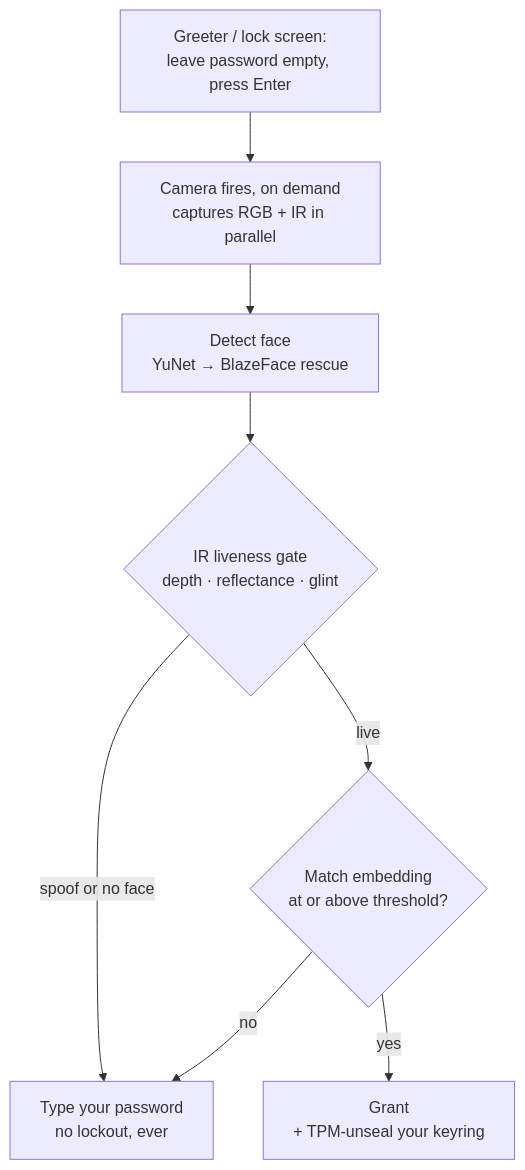
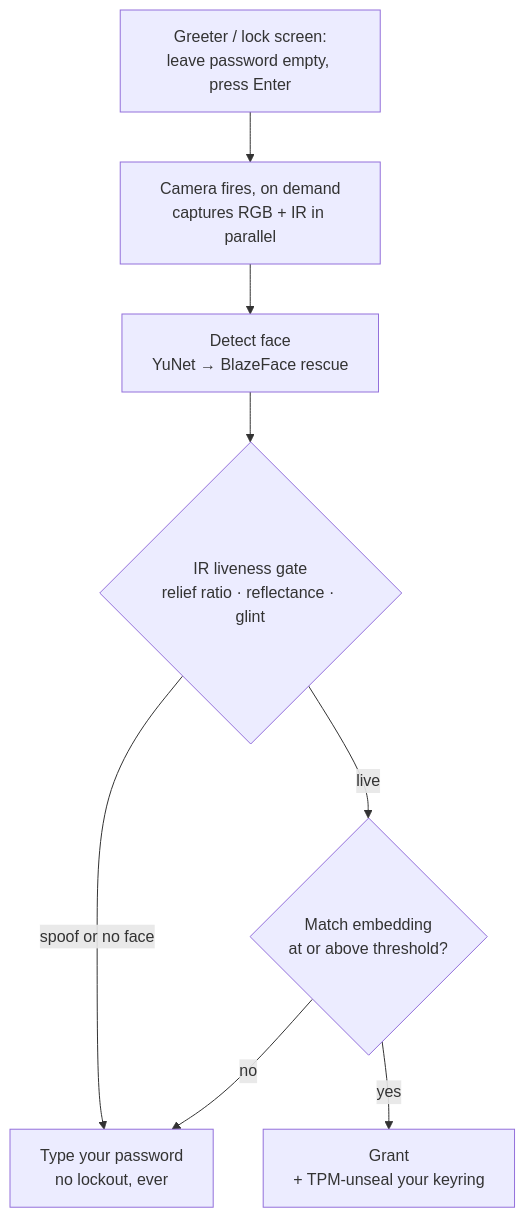
One commit to FizykPSX/irlume changed the second of 2 diagrams in README.md. Above: the diagram before and after it, drawn with Mermaid. The commit also changed other lines of this file and 36 other files, not shown here.

````diff
--- a/README.md
+++ b/README.md
@@ -225,10 +225,10 @@
 ```mermaid
 flowchart TD
     A["Greeter / lock screen:<br/>leave password empty, press Enter"] --> B["Camera fires, on demand<br/>captures RGB + IR in parallel"]
     B --> DET["Detect face<br/>YuNet → BlazeFace rescue"]
-    DET --> L{"IR liveness gate<br/>depth · reflectance · glint"}
+    DET --> L{"IR liveness gate<br/>relief ratio · reflectance · glint"}
     L -->|spoof or no face| PW["Type your password<br/>no lockout, ever"]
     L -->|live| M{"Match embedding<br/>at or above threshold?"}
     M -->|no| PW
     M -->|yes| G["Grant<br/>+ TPM-unseal your keyring"]
 ```
````
